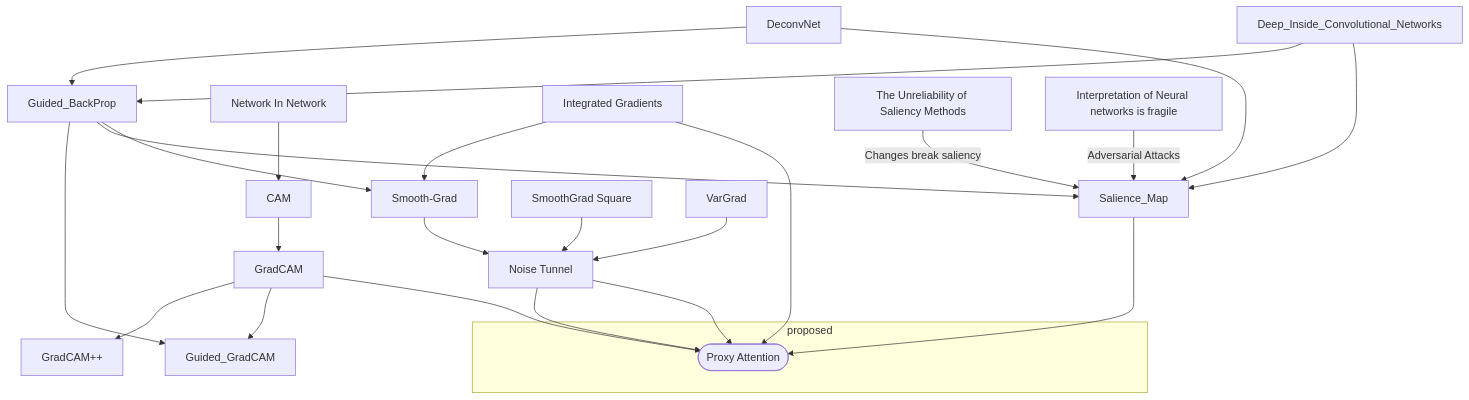
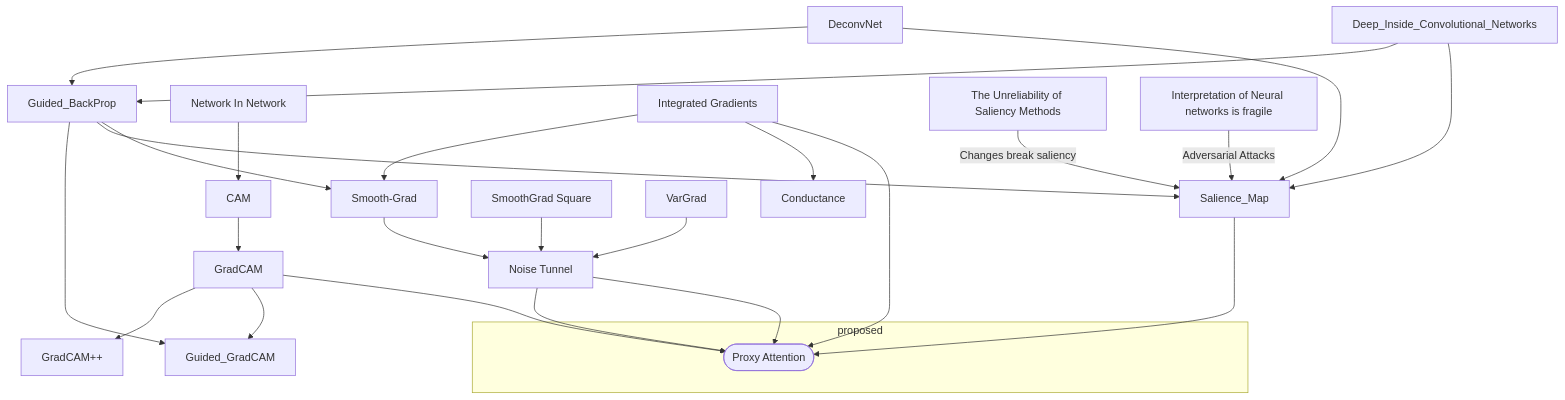
One commit to SubhadityaMukherjee/AI-knowledge-base changed the diagram in docs/Vision_Explainibility.md. Above: the diagram before and after it, drawn with Mermaid. The commit also changed other lines of this file and 22 other files, not shown here.

````diff
--- a/docs/Vision_Explainibility.md
+++ b/docs/Vision_Explainibility.md
@@ -46,59 +48,61 @@
 ```mermaid
 
 graph TD;
 E2[DeconvNet] --> E1
 E3[Deep_Inside_Convolutional_Networks] --> E1
 E1[Guided_BackProp]
 
 B1[CAM] --> B2[GradCAM] --> B3[GradCAM++]
 B2 --> B4[Guided_GradCAM]
 
 E4[Network In Network] --> B1
 
 
 E1 --> B4
 
 E2 --> A[Salience_Map]
 E3 --> A
 E1 --> A
 
 C0[Integrated Gradients] --> C1
 E1 --> C1
 C1[Smooth-Grad] --> C4
 C2[SmoothGrad Square] --> C4
 C3[VarGrad] --> C4
+C0 --> C5[Conductance]
 C4[Noise Tunnel] --> P
 C0 --> P
 C4 --> P
 A --> P
 B2 --> P
 
 subgraph proposed
 P([Proxy Attention])
 end
 
 U1[The Unreliability of Saliency Methods] --Changes break saliency--> A
 U2[Interpretation of Neural networks is fragile] --Adversarial Attacks--> A
 class A internal-link
 class B internal-link
 class B1 internal-link
 class B2 internal-link
 class B3 internal-link
 class B4 internal-link
 class C internal-link
 class C0 internal-link
 class C1 internal-link
 class C2 internal-link
 class C3 internal-link
 class C4 internal-link
+class C5 internal-link
 class D internal-link
 class E internal-link
 class F internal-link
 class E1 internal-link
 class E2 internal-link
 class E3 internal-link
 class E4 internal-link
 class U1 internal-link
 class U2 internal-link
 class P internal-link
 ```
````
